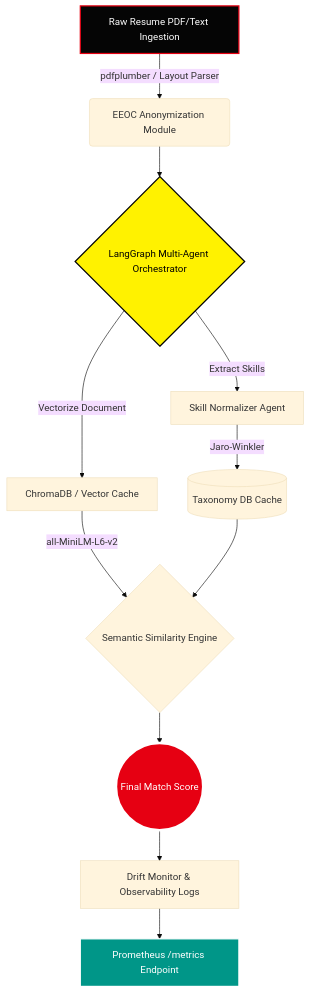
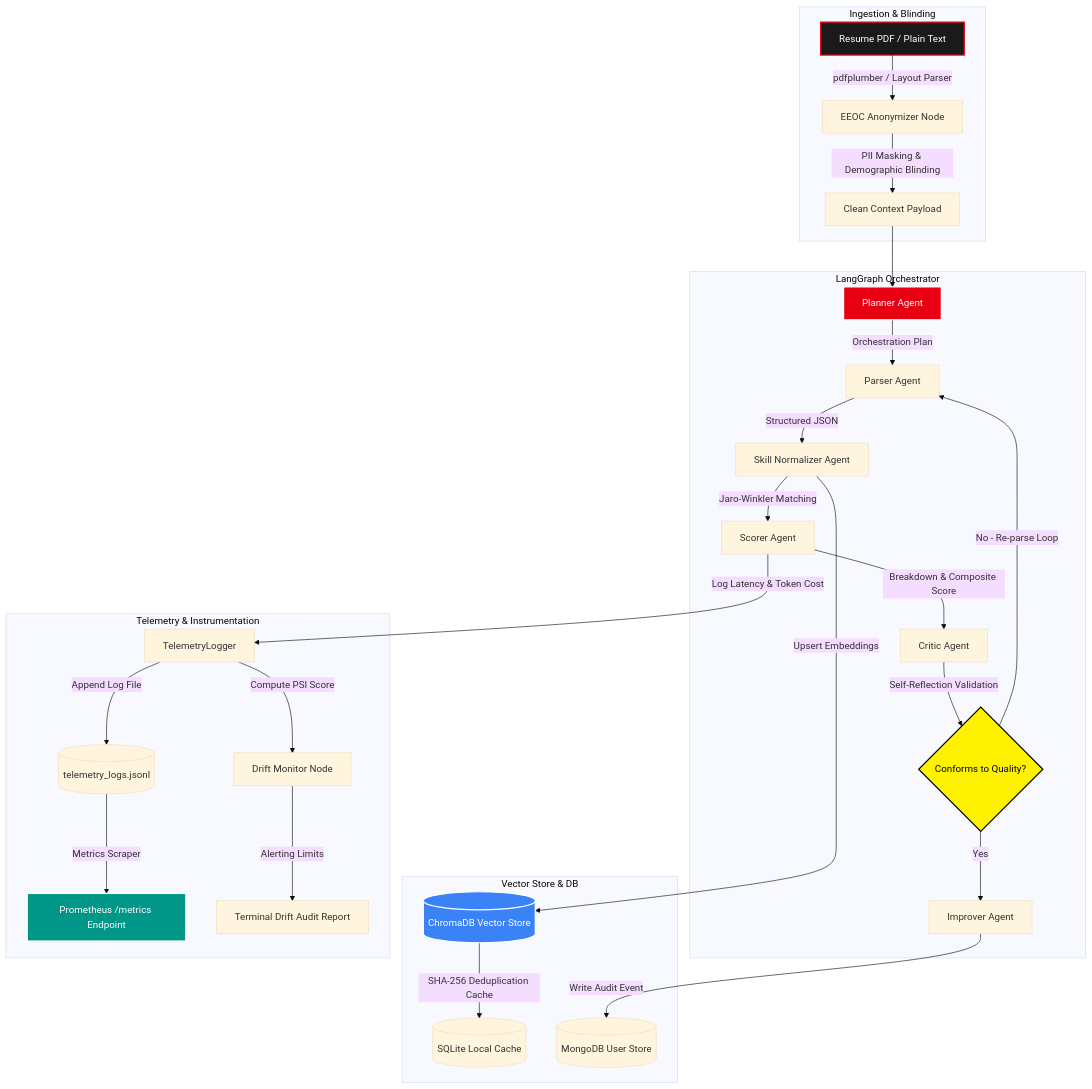
One commit to naman-fr/PSI_resume_analyser changed the diagram in README.md. Above: the diagram before and after it, drawn with Mermaid (base theme). The commit also changed other lines of this file and 10 other files, not shown here.

Commit message:
feat: implement admin checkout bypass, headquarters modal, CLI text proofs, and robust improver endpoint

````diff
--- a/README.md
+++ b/README.md
@@ -43,22 +17,38 @@
 ```mermaid
-graph TD
-    A[Raw Resume PDF/Text Ingestion] -->|pdfplumber / Layout Parser| B(EEOC Anonymization Module)
-    B --> C{LangGraph Multi-Agent Orchestrator}
-    
-    C -->|Extract Skills| D[Skill Normalizer Agent]
-    D -->|Jaro-Winkler| E[(Taxonomy DB Cache)]
-    
-    C -->|Vectorize Document| F[ChromaDB / Vector Cache]
-    F -->|all-MiniLM-L6-v2| G{Semantic Similarity Engine}
-    
-    E --> G
-    G --> H((Final Match Score))
-    
-    H --> I[Drift Monitor & Observability Logs]
-    I --> J[Prometheus /metrics Endpoint]
-    
-    style A fill:#050505,stroke:#E60012,stroke-width:2px,color:#fff
-    style H fill:#E60012,stroke:#fff,stroke-width:4px,color:#fff
-    style C fill:#FFF200,stroke:#000,stroke-width:2px,color:#000
-    style J fill:#009688,stroke:#fff,stroke-width:2px,color:#fff
+flowchart TD
+    subgraph Ingestion_Layer [Ingestion & Blinding]
+        A[Resume PDF / Plain Text] -->|pdfplumber / Layout Parser| B[EEOC Anonymizer Node]
+        B -->|PII Masking & Demographic Blinding| C[Clean Context Payload]
+    end
+
+    subgraph Agentic_Core [LangGraph Orchestrator]
+        C --> D[Planner Agent]
+        D -->|Orchestration Plan| E[Parser Agent]
+        E -->|Structured JSON| F[Skill Normalizer Agent]
+        F -->|Jaro-Winkler Matching| G[Scorer Agent]
+        G -->|Breakdown & Composite Score| H[Critic Agent]
+        H -->|Self-Reflection Validation| I{Conforms to Quality?}
+        I -->|No - Re-parse Loop| E
+        I -->|Yes| J[Improver Agent]
+    end
+
+    subgraph Storage_Cache [Vector Store & DB]
+        F -->|Upsert Embeddings| K[(ChromaDB Vector Store)]
+        K -->|SHA-256 Deduplication Cache| L[(SQLite Local Cache)]
+        J -->|Write Audit Event| M[(MongoDB User Store)]
+    end
+
+    subgraph Observability_MLOps [Telemetry & Instrumentation]
+        G -->|Log Latency & Token Cost| N[TelemetryLogger]
+        N -->|Append Log File| O[(telemetry_logs.jsonl)]
+        N -->|Compute PSI Score| P[Drift Monitor Node]
+        O -->|Metrics Scraper| Q[Prometheus /metrics Endpoint]
+        P -->|Alerting Limits| R[Terminal Drift Audit Report]
+    end
+
+    style A fill:#1a1a1a,stroke:#E60012,stroke-width:2px,color:#fff
+    style D fill:#E60012,stroke:#fff,stroke-width:2px,color:#fff
+    style I fill:#FFF200,stroke:#000,stroke-width:2px,color:#000
+    style K fill:#3b82f6,stroke:#fff,stroke-width:2px,color:#fff
+    style Q fill:#009688,stroke:#fff,stroke-width:2px,color:#fff
 ```
````
